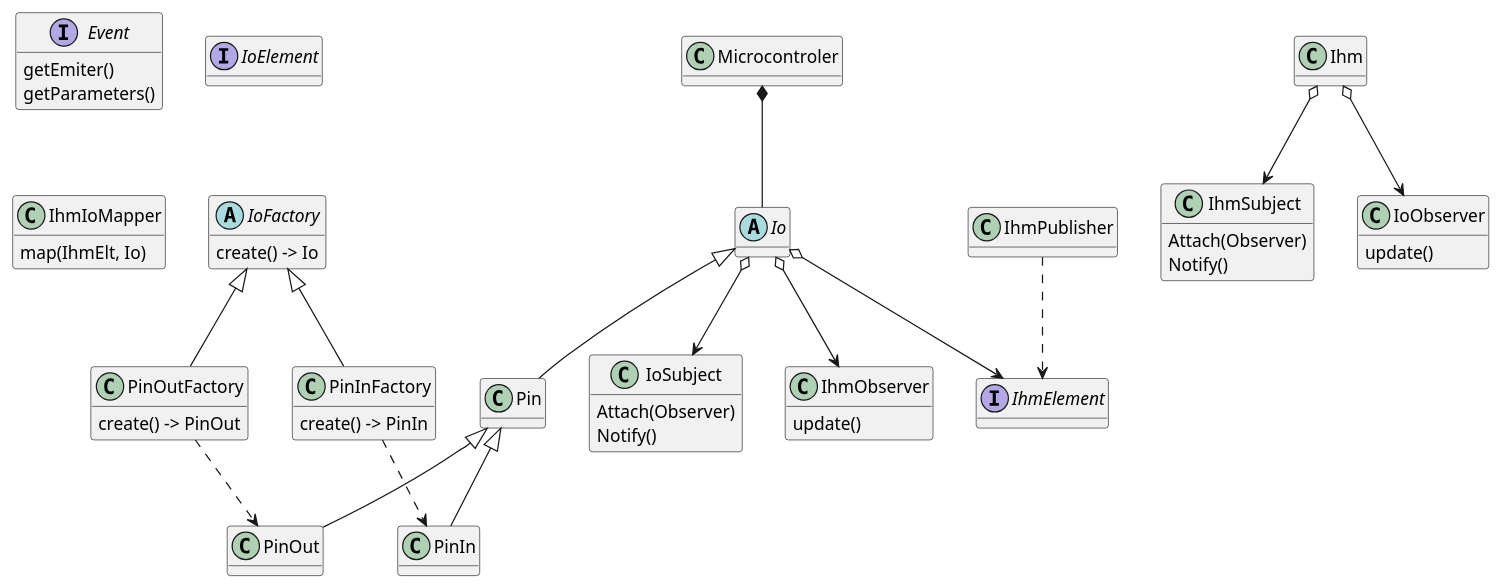
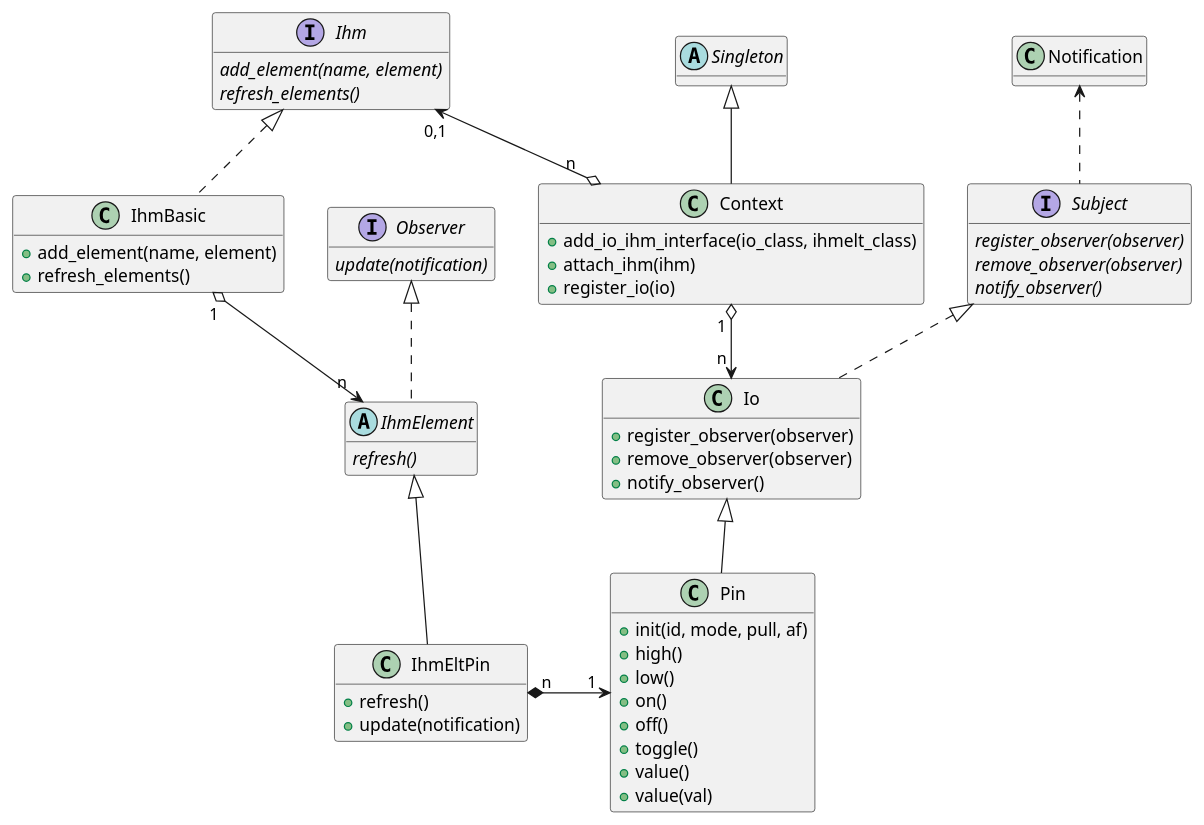
One commit to bdelaup/upy_sim changed the diagram in doc/class.puml. Above: the diagram before and after it, drawn with PlantUML. The commit also changed 12 other files, not shown here.

```diff
--- a/doc/class.puml
+++ b/doc/class.puml
@@ -1,87 +1,82 @@
 @startuml
 
 
 hide attributes
 
-class "Microcontroler" as uc
 
-Abstract Io {
-    publish
+
+class Pin {
+    +init(id, mode, pull, af)
+    +high()
+    +low()
+    +on()
+    +off()
+    +toggle()
+    +value()
+    +value(val)
 }
 
-class Pin
-class PinIn
-class PinOut
-class Ihm
+interface Ihm {
+    {abstract} add_element(name, element)
+    {abstract} refresh_elements()
+}
 
-Abstract IoFactory {
-    create() -> Io
+class IhmBasic {
+    +add_element(name, element)
+    +refresh_elements()
+}
+
+abstract IhmElement {
+    {abstract} refresh()
+}
+
+class IhmEltPin {
+    +refresh()
+    +update(notification)
 }
 
 
-class PinInFactory {
-    create() -> PinIn
+Interface Subject {
+    {abstract} register_observer(observer)
+    {abstract} remove_observer(observer)
+    {abstract} notify_observer()
+}
+class Notification
+Interface Observer {    
+    {abstract} update(notification)
 }
 
-class PinOutFactory {
-    create() -> PinOut
+Ihm <|.. IhmBasic
+class Io {
+    +register_observer(observer)
+    +remove_observer(observer)
+    +notify_observer()
 }
 
-
-
-class IhmSubject  {
-    Attach(Observer)
-    Notify()
+class Context {
+    +add_io_ihm_interface(io_class, ihmelt_class)    
+    +attach_ihm(ihm)
+    +register_io(io)
 }
 
-class IoObserver {
-    update()
-}
+abstract Singleton
 
-class IoSubject  {
-    Attach(Observer)
-    Notify()
-}
+Io <|-- Pin
+Subject <|.. Io
 
-class IhmObserver {
-    update()
-}
+Observer <|.. IhmElement
+IhmElement <|-- IhmEltPin
 
-Interface Event {
-    getEmiter()
-    getParameters()
-}
+Singleton <|-- Context
 
-Interface IhmElement
-Interface IoElement
+Context " n " o-left-> " 0,1 " Ihm
+Context " 1 " o--> " n " Io
+Subject .up.> Notification
 
-Class IhmIoMapper {
-    map(IhmElt, Io)
-}
+IhmBasic " 1 " o--> " n " IhmElement
 
-IhmPublisher ..> IhmElement
-Io o--> IhmElement 
-
-IoFactory <|-- PinInFactory
-IoFactory <|-- PinOutFactory
-
-
-PinInFactory ..> PinIn
-PinOutFactory ..> PinOut
-
-Ihm o--> IhmSubject
-Ihm o--> IoObserver
-
-Io o--> IoSubject
-Io o--> IhmObserver
-
-
-uc *-- Io
-
-Io  <|-- Pin
-Pin <|-- PinOut
-Pin <|-- PinIn
+IhmEltPin " n " *-right-> " 1 " Pin
 
 
 
 @enduml
```
